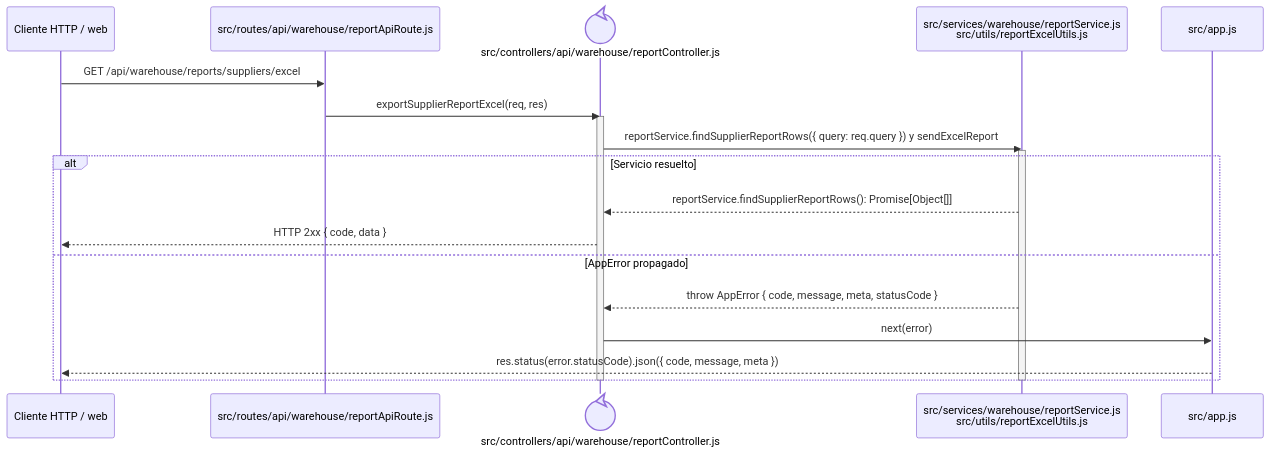
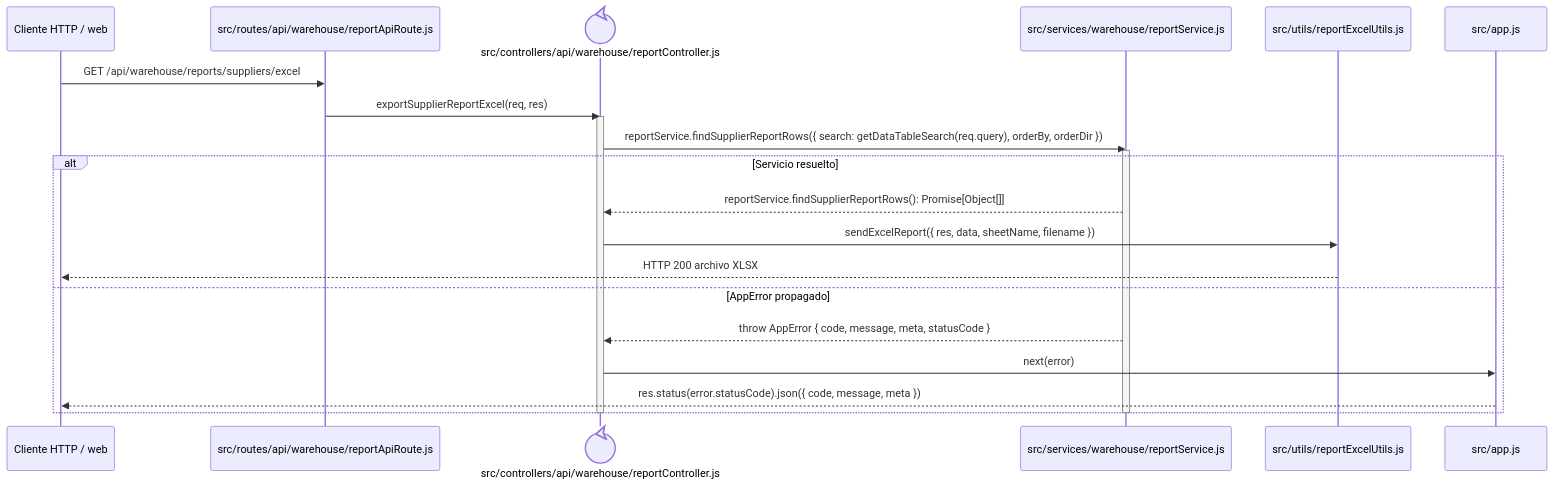
Before and after one commit to gpgsistemas01/nexus: the diagram in docs/architecture/backend-code-sequences/catalogs/cu-cat-04.md, drawn with Mermaid. The commit also changed 22 other files, not shown here.

````diff
--- a/docs/architecture/backend-code-sequences/catalogs/cu-cat-04.md
+++ b/docs/architecture/backend-code-sequences/catalogs/cu-cat-04.md
@@ -6,24 +6,26 @@
 ```mermaid
 sequenceDiagram
     participant Client as Cliente HTTP / web
     participant Route as src/routes/api/warehouse/reportApiRoute.js
     participant Controller@{ "type": "control" } as src/controllers/api/warehouse/reportController.js
-    participant Domain as src/services/warehouse/reportService.js<br/>src/utils/reportExcelUtils.js
+    participant Query as src/services/warehouse/reportService.js
+    participant Excel as src/utils/reportExcelUtils.js
     participant ErrorHandler as src/app.js
 
     Client->>Route: GET /api/warehouse/reports/suppliers/excel
     Route->>Controller: exportSupplierReportExcel(req, res)
     activate Controller
-    Controller->>Domain: reportService.findSupplierReportRows({ query: req.query }) y sendExcelReport
-    activate Domain
+    Controller->>Query: reportService.findSupplierReportRows({ search: getDataTableSearch(req.query), orderBy, orderDir })
+    activate Query
     alt Servicio resuelto
-        Domain-->>Controller: reportService.findSupplierReportRows(): Promise[Object[]]
-        Controller-->>Client: HTTP 2xx { code, data }
+        Query-->>Controller: reportService.findSupplierReportRows(): Promise[Object[]]
+        Controller->>Excel: sendExcelReport({ res, data, sheetName, filename })
+        Excel-->>Client: HTTP 200 archivo XLSX
     else AppError propagado
-        Domain-->>Controller: throw AppError { code, message, meta, statusCode }
+        Query-->>Controller: throw AppError { code, message, meta, statusCode }
         Controller->>ErrorHandler: next(error)
         ErrorHandler-->>Client: res.status(error.statusCode).json({ code, message, meta })
     end
-    deactivate Domain
+    deactivate Query
     deactivate Controller
 ```
````
